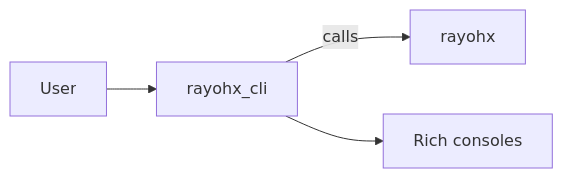
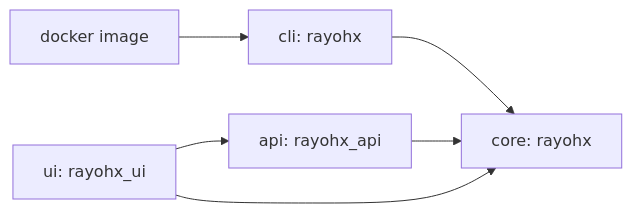
Before and after one commit to coldsofttech/RayoHX: the diagram in docs/architecture.md, drawn with Mermaid. The commit also changed other lines of this file and 10 other files, not shown here.

````diff
--- a/docs/architecture.md
+++ b/docs/architecture.md
@@ -49,6 +7,8 @@
 ```mermaid
 flowchart LR
-    U[User] --> C[rayohx_cli]
-    C -->|calls| L[rayohx]
-    C --> O[Rich consoles]
+    C[cli: rayohx] --> L[core: rayohx]
+    A[api: rayohx_api] --> L
+    U[ui: rayohx_ui] --> A
+    U --> L
+    D[docker image] --> C
 ```
````
